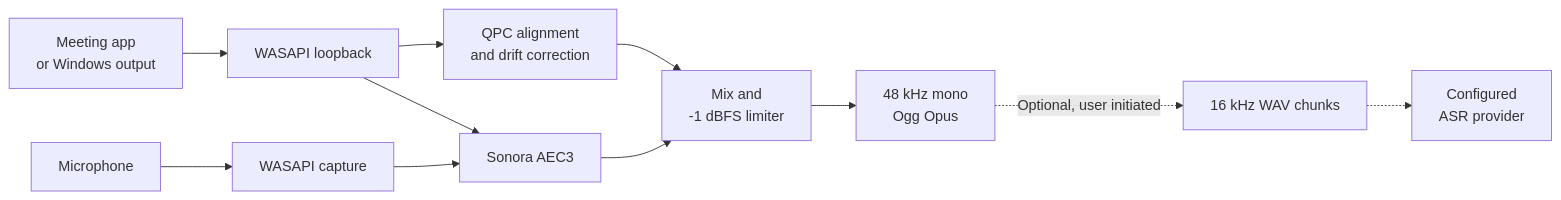
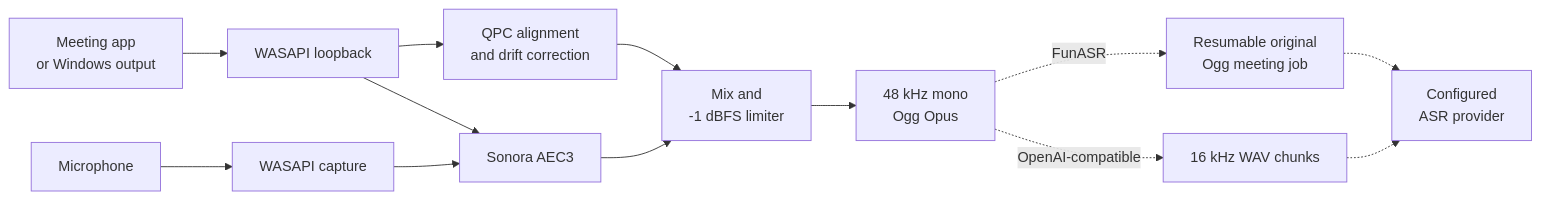
The diagram in README.md (kwp-lab/nota), drawn with Mermaid before and after one commit. The commit also changed other lines of this file and 33 other files, not shown here.

````diff
--- a/README.md
+++ b/README.md
@@ -80,13 +80,15 @@
 ```mermaid
 flowchart LR
     A["Meeting app<br>or Windows output"] --> B["WASAPI loopback"]
     C["Microphone"] --> D["WASAPI capture"]
     B --> E["QPC alignment<br>and drift correction"]
     D --> F["Sonora AEC3"]
     B --> F
     E --> G["Mix and<br>-1 dBFS limiter"]
     F --> G
     G --> H["48 kHz mono<br>Ogg Opus"]
-    H -. "Optional, user initiated" .-> I["16 kHz WAV chunks"]
+    H -. "FunASR" .-> I["Resumable original<br>Ogg meeting job"]
+    H -. "OpenAI-compatible" .-> K["16 kHz WAV chunks"]
     I -.-> J["Configured<br>ASR provider"]
+    K -.-> J
 ```
````
